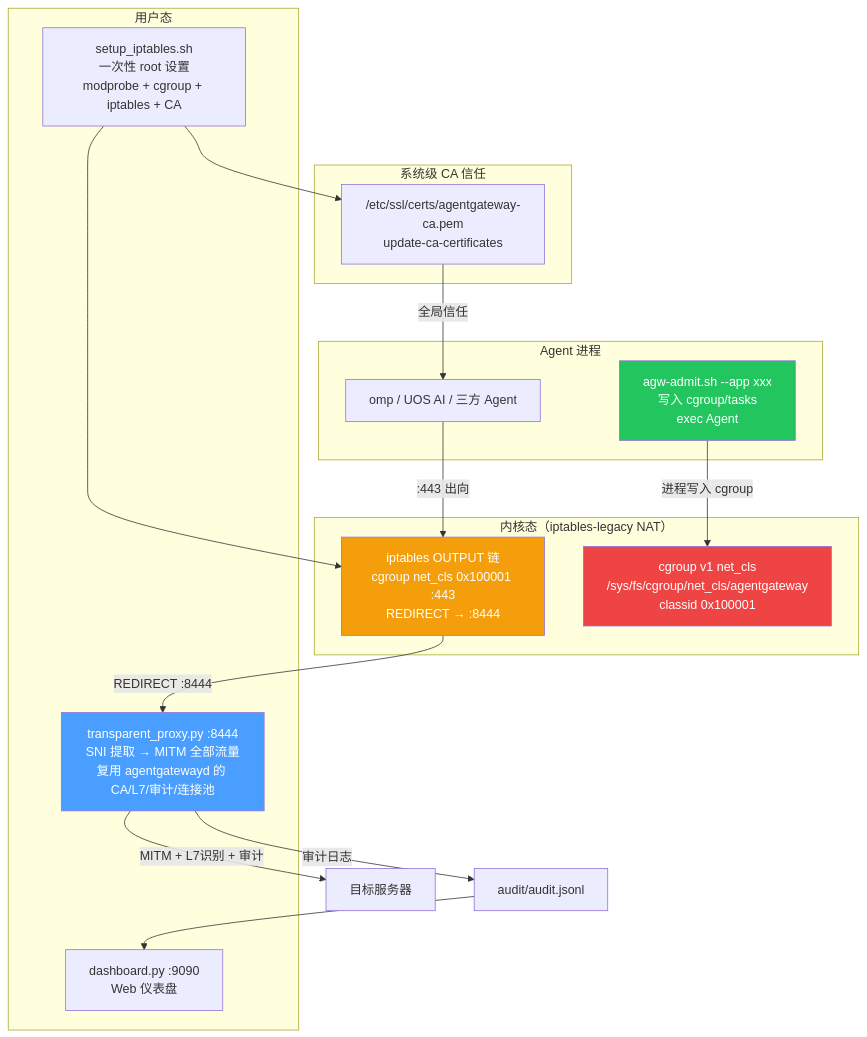
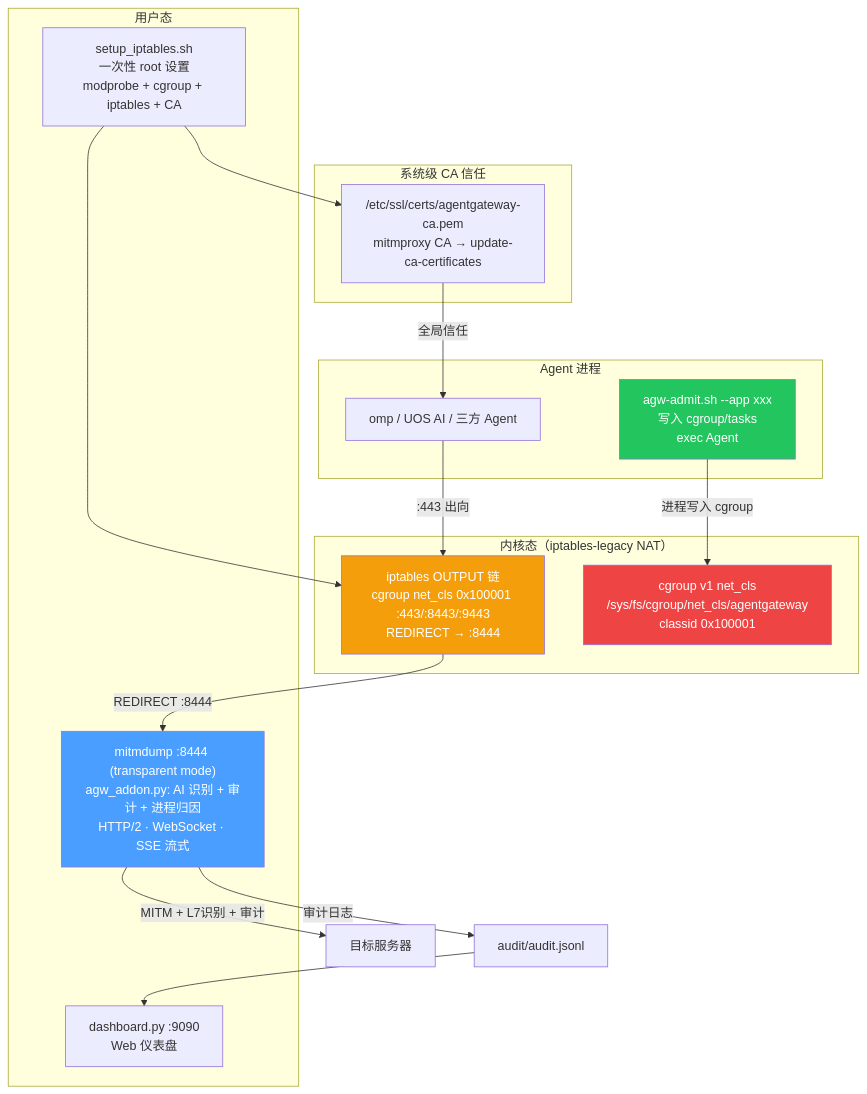
One commit to eric2023/agentgateway changed the diagram in README.md. Above: the diagram before and after it, drawn with Mermaid. The commit also changed other lines of this file and 9 other files, not shown here.

First line of the commit message:
refactor: 用 mitmproxy 替代 transparent_proxy.py

````diff
--- a/README.md
+++ b/README.md
@@ -9,37 +11,37 @@
 ```mermaid
 graph TB
     subgraph 内核态["内核态（iptables-legacy NAT）"]
-        NFT["iptables OUTPUT 链<br/>cgroup net_cls 0x100001 :443<br/>REDIRECT → :8444"]
+        NFT["iptables OUTPUT 链<br/>cgroup net_cls 0x100001 :443/:8443/:9443<br/>REDIRECT → :8444"]
         CG["cgroup v1 net_cls<br/>/sys/fs/cgroup/net_cls/agentgateway<br/>classid 0x100001"]
     end
 
     subgraph 用户态["用户态"]
-        TP["transparent_proxy.py :8444<br/>SNI 提取 → MITM 全部流量<br/>复用 agentgatewayd 的 CA/L7/审计/连接池"]
+        TP["mitmdump :8444 (transparent mode)<br/>agw_addon.py: AI 识别 + 审计 + 进程归因<br/>HTTP/2 · WebSocket · SSE 流式"]
         DASH["dashboard.py :9090<br/>Web 仪表盘"]
         SETUP["setup_iptables.sh<br/>一次性 root 设置<br/>modprobe + cgroup + iptables + CA"]
     end
 
     subgraph Agent["Agent 进程"]
         A1["omp / UOS AI / 三方 Agent"]
         TE["agw-admit.sh --app xxx<br/>写入 cgroup/tasks<br/>exec Agent"]
     end
 
     subgraph CA["系统级 CA 信任"]
-        SYS["/etc/ssl/certs/agentgateway-ca.pem<br/>update-ca-certificates"]
+        SYS["/etc/ssl/certs/agentgateway-ca.pem<br/>mitmproxy CA → update-ca-certificates"]
     end
 
     TE -->|"进程写入 cgroup"| CG
     A1 -->|":443 出向"| NFT
     NFT -->|"REDIRECT :8444"| TP
     TP -->|"MITM + L7识别 + 审计"| 远程["目标服务器"]
     TP -->|"审计日志"| LOG["audit/audit.jsonl"]
     LOG --> DASH
     SYS -->|"全局信任"| A1
     SETUP --> NFT
     SETUP --> SYS
 
     style NFT fill:#f59e0b,color:#fff
     style TP fill:#4a9eff,color:#fff
     style TE fill:#22c55e,color:#fff
     style CG fill:#ef4444,color:#fff
 ```
````
